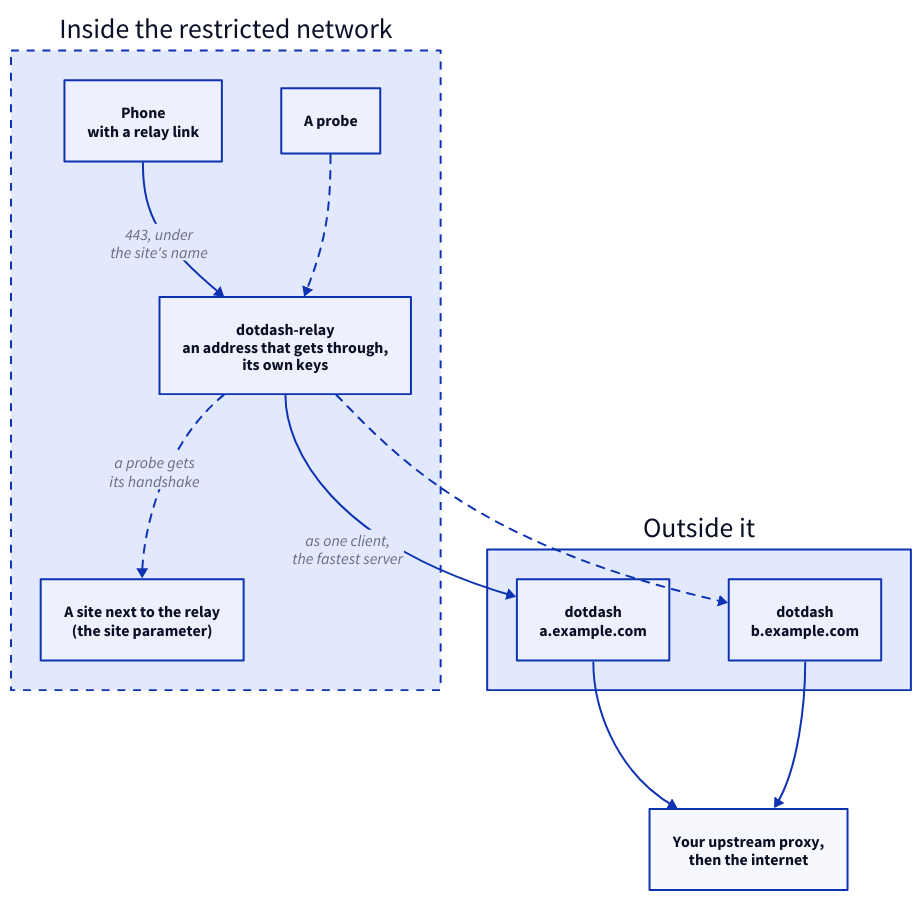
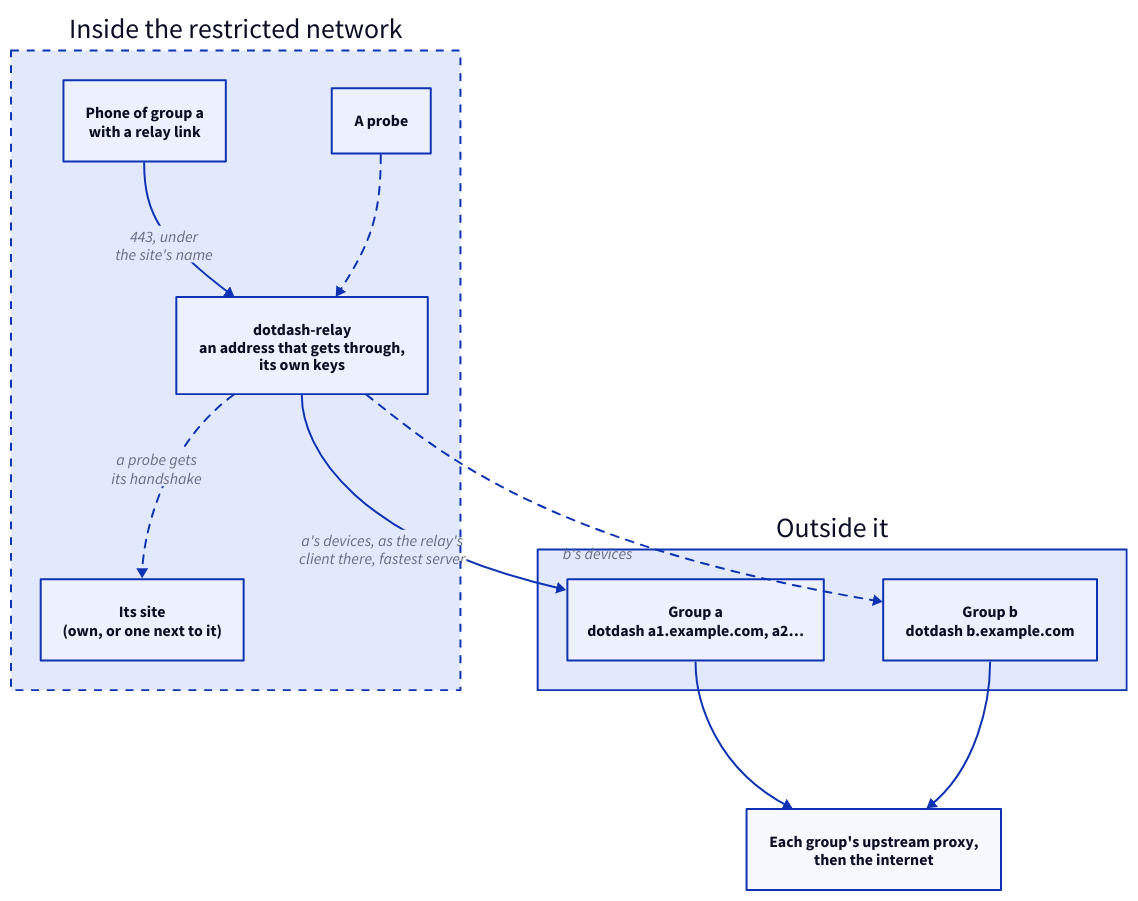
The diagram in pages/diagrams/relay.d2 (morzecrew/dotdash), drawn with D2 before and after one commit. The commit also changed 56 other files, not shown here.

Commit message:
💥 feat(relay)!: every relay a gateway to its devices' own server groups (#268)

```diff
--- a/pages/diagrams/relay.d2
+++ b/pages/diagrams/relay.d2
@@ -1,30 +1,30 @@
-# A relay inside the restricted network, carrying devices on to the dotdash servers.
-# Rendered by render.sh.
+# A relay inside the restricted network, carrying each device on to its own
+# dotdash server group. Rendered by render.sh.
 direction: down
 
 inside: Inside the restricted network {
   style.stroke-dash: 4
 
-  phone: Phone\nwith a relay link
+  phone: Phone of group a\nwith a relay link
   probe: A probe
   relay: dotdash-relay {
     label: "dotdash-relay\nan address that gets through,\nits own keys"
   }
-  site: "A site next to the relay\n(the site parameter)"
+  site: "Its site\n(own, or one next to it)"
 
   phone -> relay: "443, under\nthe site's name"
   probe -> relay {style.stroke-dash: 4}
   relay -> site: "a probe gets\nits handshake" {style.stroke-dash: 4}
 }
 
 outside: Outside it {
-  a: dotdash\na.example.com
-  b: dotdash\nb.example.com
+  a: "Group a\ndotdash a1.example.com, a2…"
+  b: "Group b\ndotdash b.example.com"
 }
 
-upstream: "Your upstream proxy,\nthen the internet"
+upstream: "Each group's upstream proxy,\nthen the internet"
 
-inside.relay -> outside.a: "as one client,\nthe fastest server"
-inside.relay -> outside.b {style.stroke-dash: 4}
+inside.relay -> outside.a: "a's devices, as the relay's\nclient there, fastest server"
+inside.relay -> outside.b: "b's devices" {style.stroke-dash: 4}
 outside.a -> upstream
 outside.b -> upstream
```
